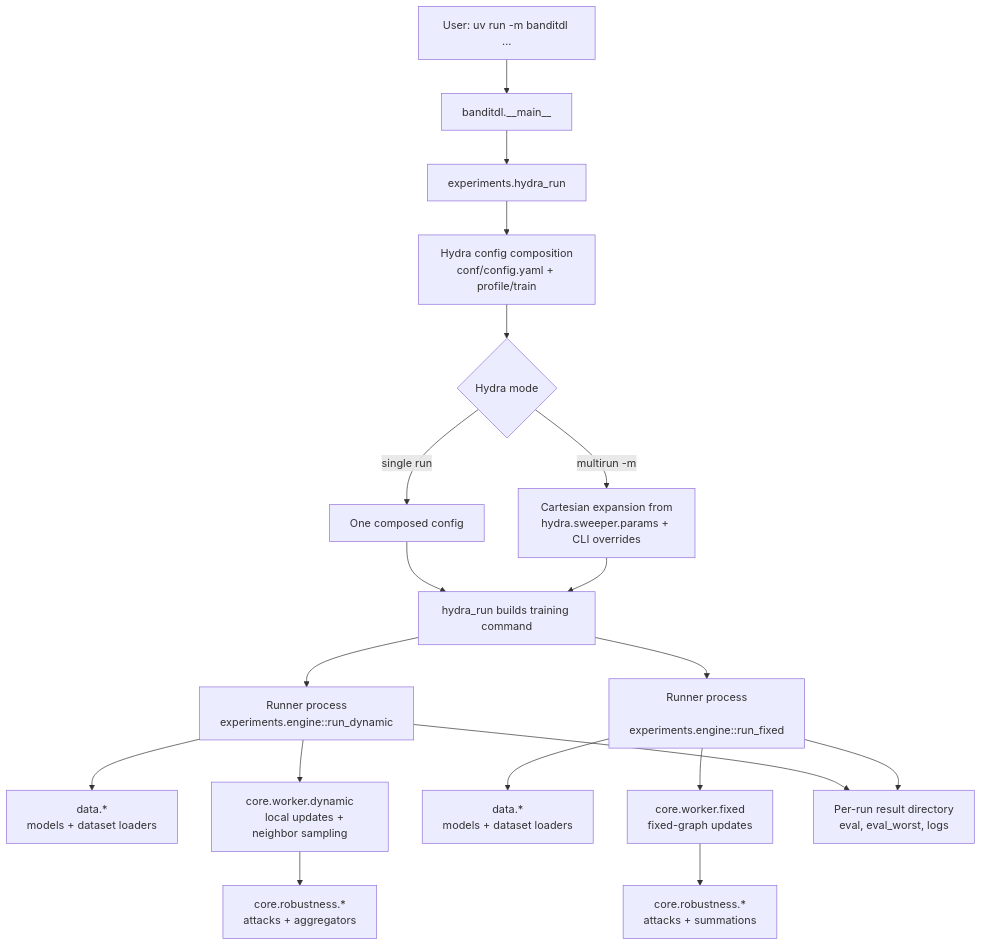
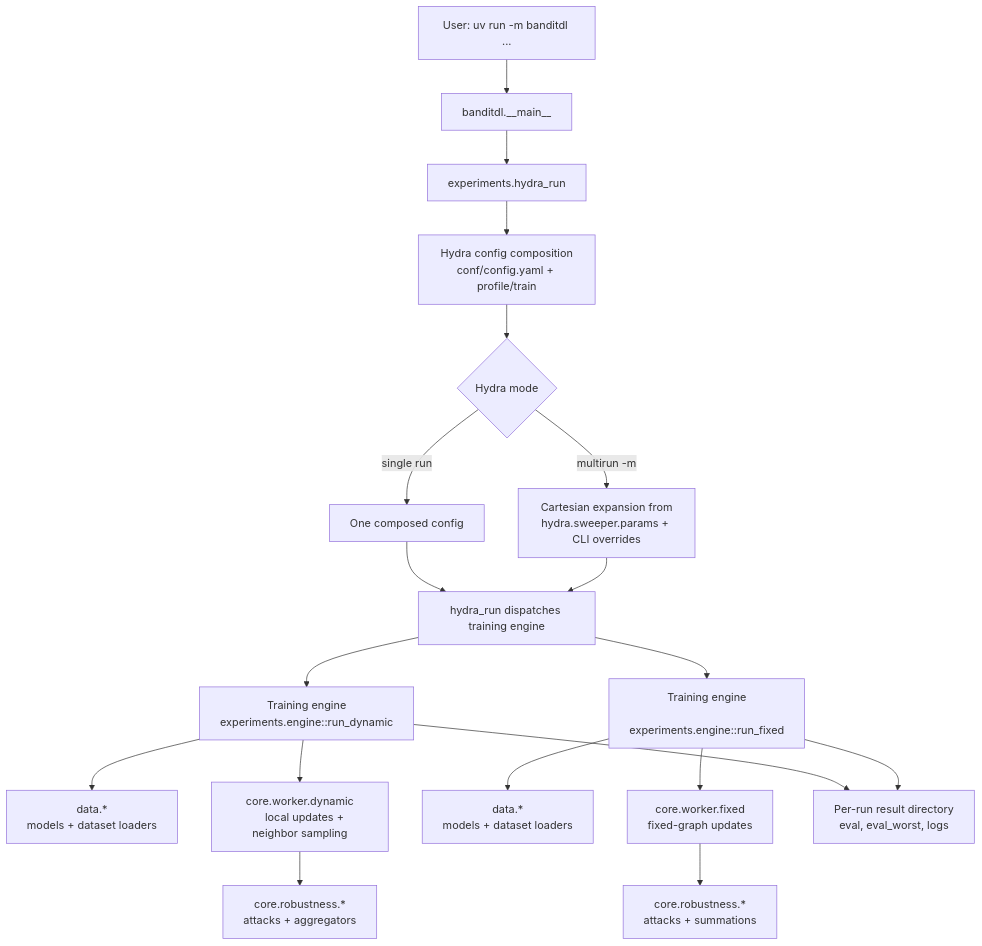
Before and after one commit to ale18V/BanditFL: the first of 2 diagrams in README.md, drawn with Mermaid. The commit also changed other lines of this file and 3 other files, not shown here.

````diff
--- a/README.md
+++ b/README.md
@@ -128,38 +167,38 @@
 ```mermaid
 flowchart TD
     A[User: uv run -m banditdl ...] --> B[banditdl.__main__]
     B --> C[experiments.hydra_run]
     C --> D[Hydra config composition
 conf/config.yaml + profile/train]
 
     D --> E{Hydra mode}
     E -->|single run| F[One composed config]
     E -->|multirun -m| G[Cartesian expansion from
 hydra.sweeper.params + CLI overrides]
 
-    F --> H[hydra_run builds training command]
+    F --> H[hydra_run dispatches training engine]
     G --> H
 
-    H --> I1[Runner process
+    H --> I1[Training engine
 experiments.engine::run_dynamic]
-    H --> I2[Runner process
+    H --> I2[Training engine
     experiments.engine::run_fixed]
 
     I1 --> J1[data.*
     models + dataset loaders]
     I1 --> K1[core.worker.dynamic
     local updates + neighbor sampling]
     K1 --> L1[core.robustness.*
     attacks + aggregators]
 
     I2 --> J2[data.*
     models + dataset loaders]
     I2 --> K2[core.worker.fixed
     fixed-graph updates]
     K2 --> L2[core.robustness.*
     attacks + summations]
 
     I1 --> M[Per-run result directory
     eval, eval_worst, logs]
     I2 --> M
 ```
````
